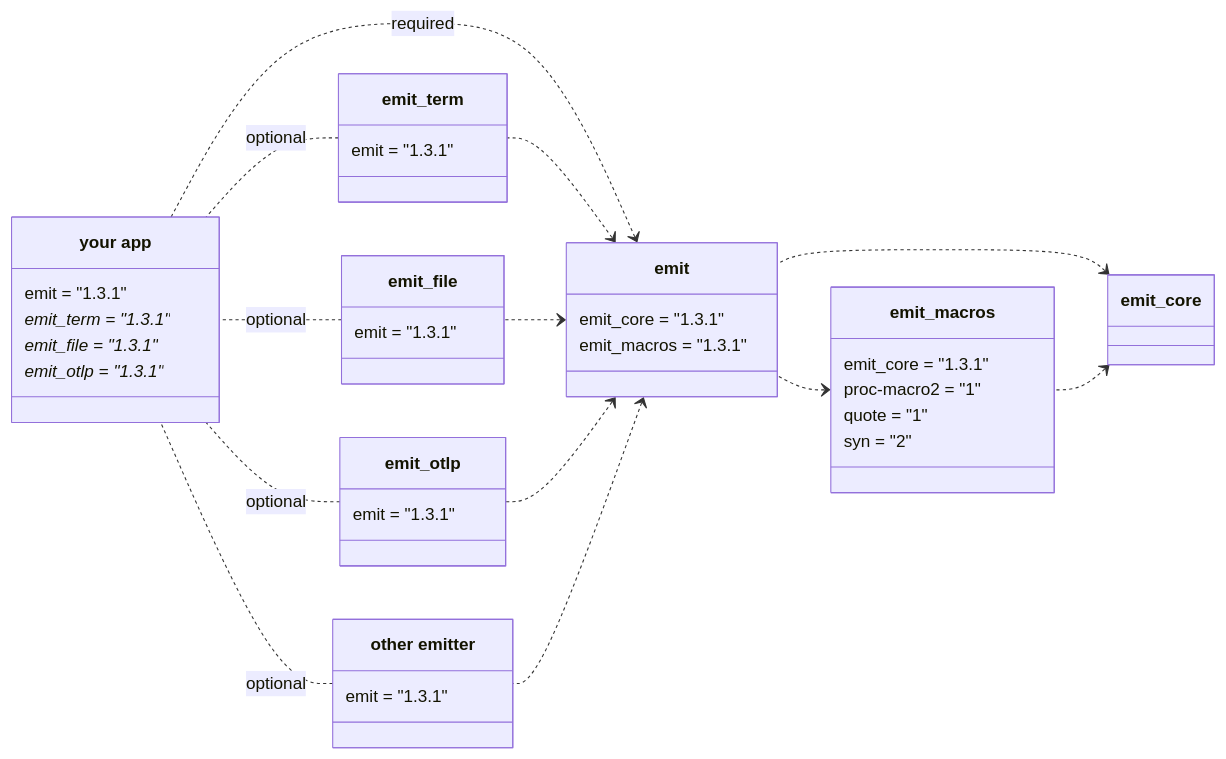
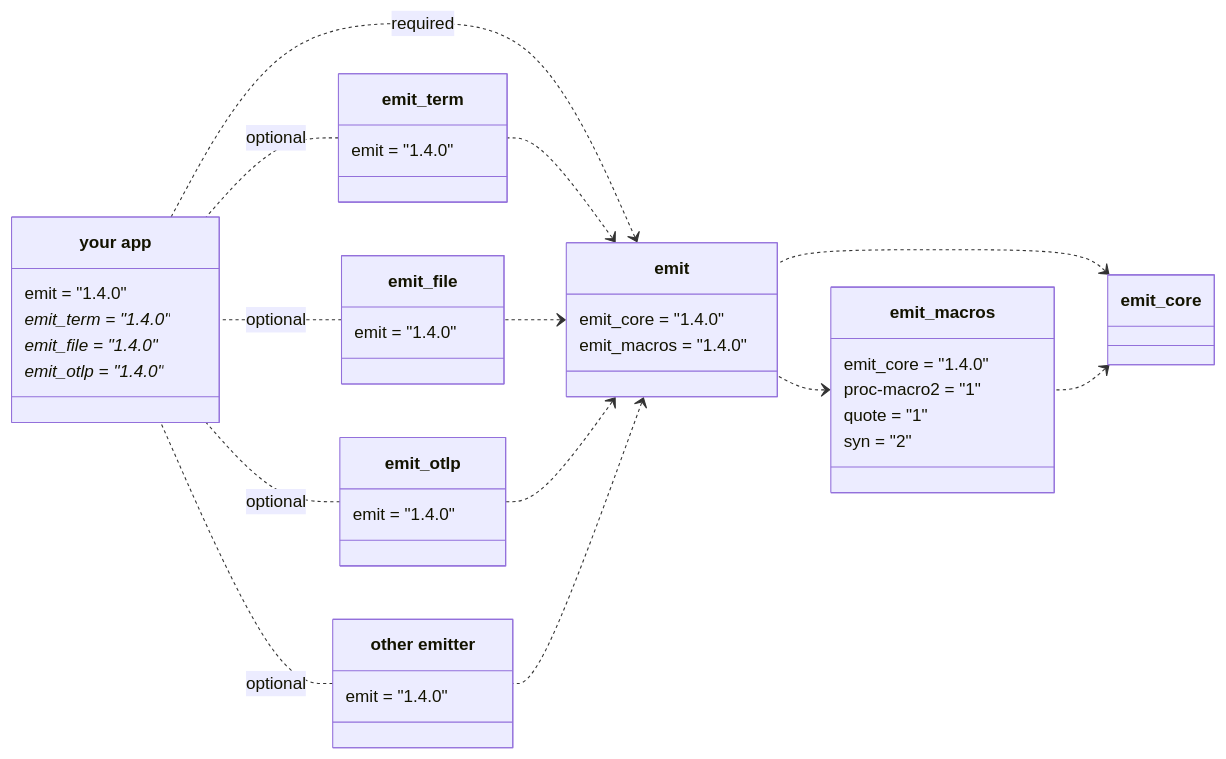
Before and after one commit to emit-rs/emit: the first of 5 diagrams in book/src/reference/architecture.md, drawn with Mermaid. The commit also changed other lines of this file and 60 other files, not shown here.

````diff
--- a/book/src/reference/architecture.md
+++ b/book/src/reference/architecture.md
@@ -9,62 +9,62 @@
 ```mermaid
 classDiagram
     direction RL
     
     emit_core <.. emit_macros
     emit_core <.. emit
     emit_macros <.. emit
 
     class emit_macros {
-        emit_core = "1.3.1"
+        emit_core = "1.4.0"
         proc-macro2 = "1"
         quote = "1"
         syn = "2"
     }
 
     emit <.. emit_term
     emit <.. emit_file
     emit <.. emit_otlp
     emit <.. emit_custom
 
     emit <.. app : required
 
     class emit {
-        emit_core = "1.3.1"
-        emit_macros = "1.3.1"
+        emit_core = "1.4.0"
+        emit_macros = "1.4.0"
     }
 
     emit_term .. app : optional
     emit_file .. app : optional
     emit_otlp .. app : optional
     emit_custom .. app : optional
 
     class emit_term {
-        emit = "1.3.1"
+        emit = "1.4.0"
     }
 
     class emit_file {
-        emit = "1.3.1"
+        emit = "1.4.0"
     }
 
     class emit_otlp {
-        emit = "1.3.1"
+        emit = "1.4.0"
     }
 
     class emit_custom["other emitter"] {
-        emit = "1.3.1"
+        emit = "1.4.0"
     }
 
     class app["your app"] {
-        emit = "1.3.1"
-        emit_term = "1.3.1"*
-        emit_file = "1.3.1"*
-        emit_otlp = "1.3.1"*
+        emit = "1.4.0"
+        emit_term = "1.4.0"*
+        emit_file = "1.4.0"*
+        emit_otlp = "1.4.0"*
     }
 
-    click emit_core href "https://docs.rs/emit_core/1.3.1/emit_core/index.html"
-    click emit_macros href "https://docs.rs/emit_macros/1.3.1/emit_macros/index.html"
-    click emit href "https://docs.rs/emit/1.3.1/emit/index.html"
-    click emit_term href "https://docs.rs/emit_term/1.3.1/emit_term/index.html"
-    click emit_file href "https://docs.rs/emit_file/1.3.1/emit_file/index.html"
-    click emit_otlp href "https://docs.rs/emit_otlp/1.3.1/emit_otlp/index.html"
+    click emit_core href "https://docs.rs/emit_core/1.4.0/emit_core/index.html"
+    click emit_macros href "https://docs.rs/emit_macros/1.4.0/emit_macros/index.html"
+    click emit href "https://docs.rs/emit/1.4.0/emit/index.html"
+    click emit_term href "https://docs.rs/emit_term/1.4.0/emit_term/index.html"
+    click emit_file href "https://docs.rs/emit_file/1.4.0/emit_file/index.html"
+    click emit_otlp href "https://docs.rs/emit_otlp/1.4.0/emit_otlp/index.html"
 ```
````
